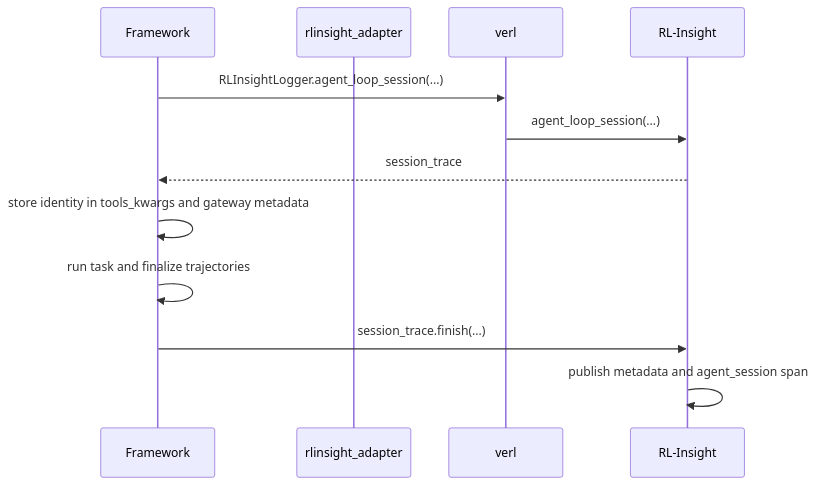
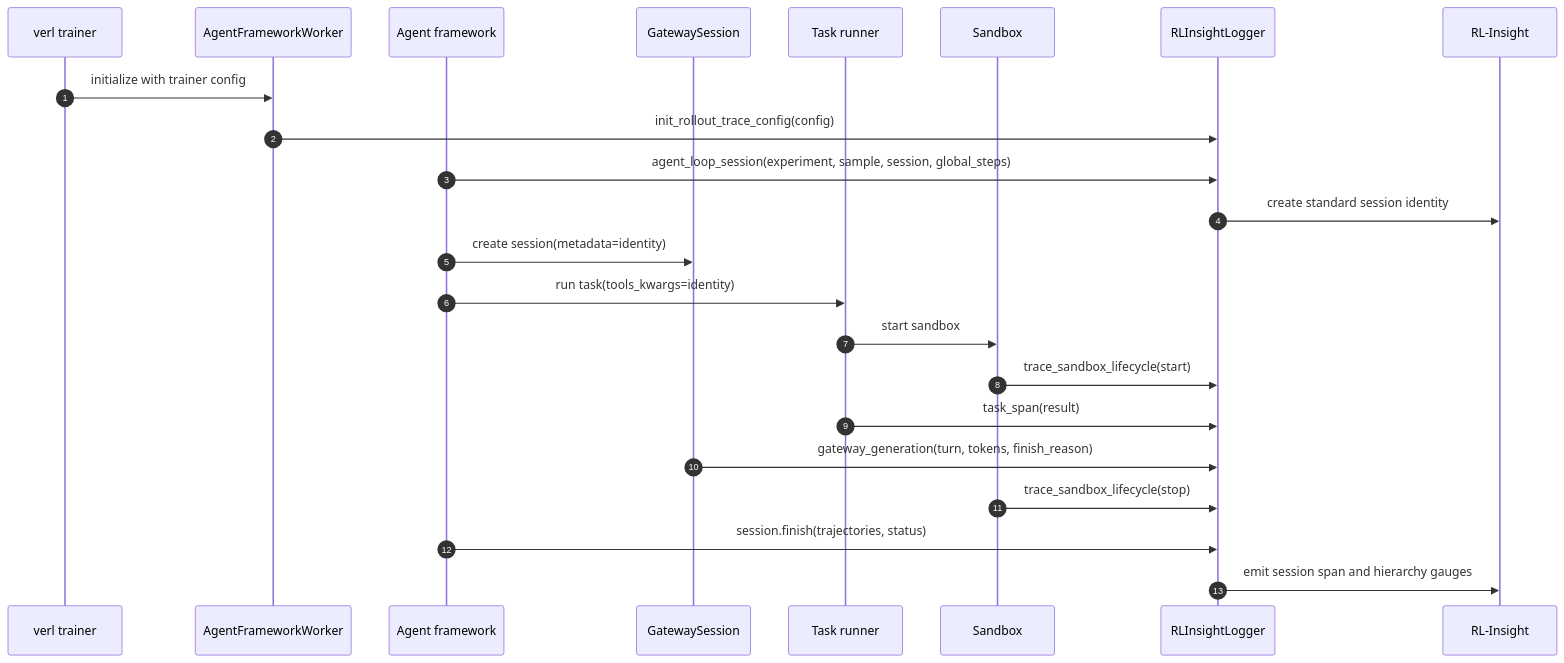
One commit to tardis-key/uni-agent changed the second of 2 diagrams in docs/source/concepts/rl-insight-integration.md. Above: the diagram before and after it, drawn with Mermaid. The commit also changed other lines of this file, not shown here.

````diff
--- a/docs/source/concepts/rl-insight-integration.md
+++ b/docs/source/concepts/rl-insight-integration.md
@@ -258,15 +42,26 @@
 ```mermaid
 sequenceDiagram
-    participant F as Framework
-    participant A as rlinsight_adapter
-    participant V as verl
+    autonumber
+    participant V as verl trainer
+    participant W as AgentFrameworkWorker
+    participant F as Agent framework
+    participant G as GatewaySession
+    participant T as Task runner
+    participant S as Sandbox
+    participant L as RLInsightLogger
     participant R as RL-Insight
 
-    F->>V: RLInsightLogger.agent_loop_session(...)
-    V->>R: agent_loop_session(...)
-    R-->>F: session_trace
-    F->>F: store identity in tools_kwargs and gateway metadata
-    F->>F: run task and finalize trajectories
-    F->>R: session_trace.finish(...)
-    R->>R: publish metadata and agent_session span
+    V->>W: initialize with trainer config
+    W->>L: init_rollout_trace_config(config)
+    F->>L: agent_loop_session(experiment, sample, session, global_steps)
+    L->>R: create standard session identity
+    F->>G: create session(metadata=identity)
+    F->>T: run task(tools_kwargs=identity)
+    T->>S: start sandbox
+    S->>L: trace_sandbox_lifecycle(start)
+    T->>L: task_span(result)
+    G->>L: gateway_generation(turn, tokens, finish_reason)
+    S->>L: trace_sandbox_lifecycle(stop)
+    F->>L: session.finish(trajectories, status)
+    L->>R: emit session span and hierarchy gauges
 ```
````
